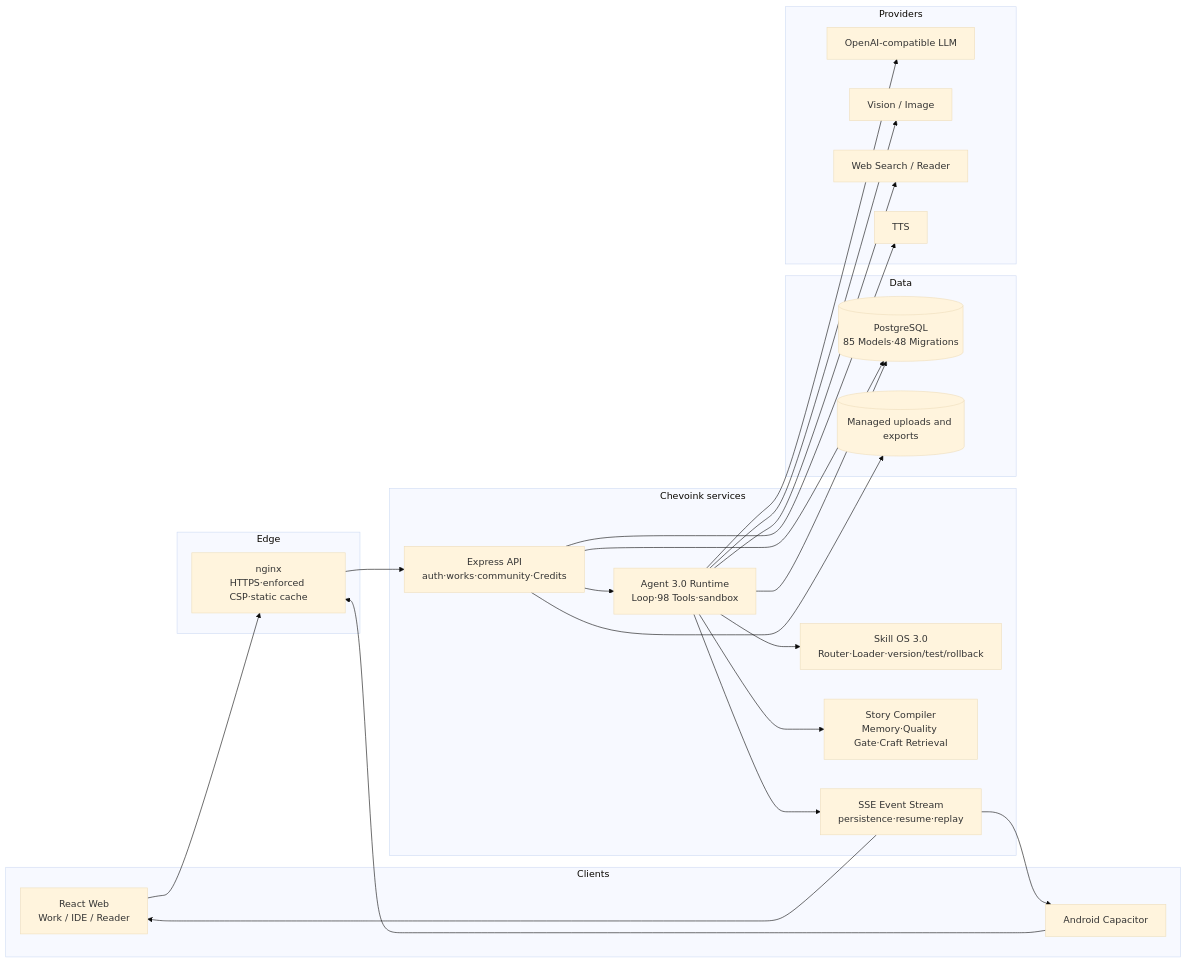
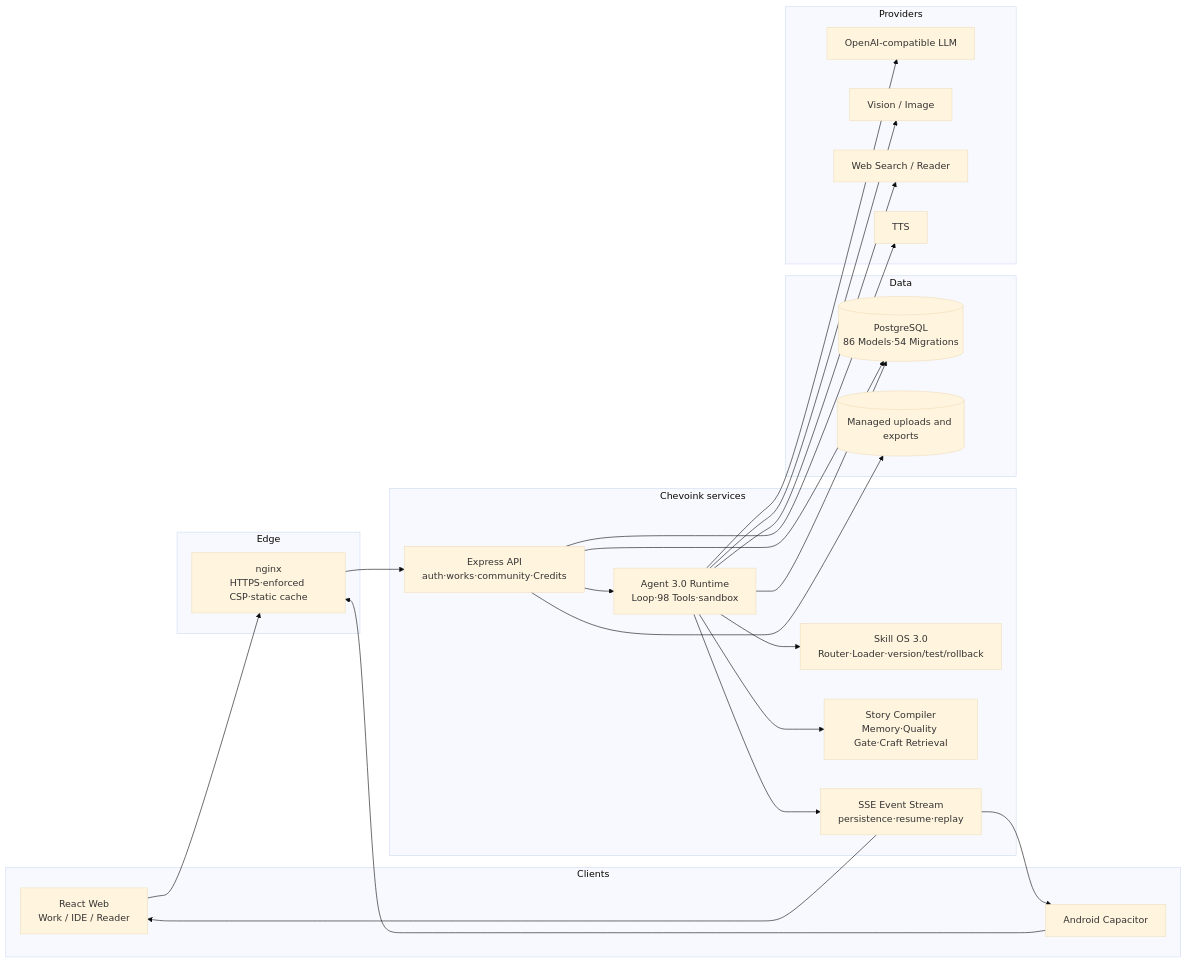
The second of 2 diagrams in README.en.md (Xcy8010/chevoink), drawn with Mermaid (base theme) before and after one commit. The commit also changed other lines of this file and 4 other files, not shown here.

````diff
--- a/README.en.md
+++ b/README.en.md
@@ -77,43 +77,43 @@
 ```mermaid
 flowchart LR
   subgraph Client[Clients]
     WEB[React Web<br/>Work / IDE / Reader]
     APP[Android Capacitor]
   end
   subgraph Edge[Edge]
     NGINX[nginx<br/>HTTPS·enforced CSP·static cache]
   end
   subgraph Service[Chevoink services]
     API[Express API<br/>auth·works·community·Credits]
     LOOP[Agent 3.0 Runtime<br/>Loop·98 Tools·sandbox]
     SKILL[Skill OS 3.0<br/>Router·Loader·version/test/rollback]
     STORY[Story Compiler<br/>Memory·Quality Gate·Craft Retrieval]
     SSE[SSE Event Stream<br/>persistence·resume·replay]
   end
   subgraph Data[Data]
-    PG[(PostgreSQL<br/>85 Models·48 Migrations)]
+    PG[(PostgreSQL<br/>86 Models·54 Migrations)]
     FILES[(Managed uploads and exports)]
   end
   subgraph Providers[Providers]
     LLM[OpenAI-compatible LLM]
     VISION[Vision / Image]
     SEARCH[Web Search / Reader]
     TTS[TTS]
   end
   WEB --> NGINX
   APP --> NGINX
   NGINX --> API
   API --> LOOP
   LOOP --> SKILL
   LOOP --> STORY
   LOOP --> SSE
   API --> PG
   LOOP --> PG
   API --> FILES
   LOOP --> LLM
   LOOP --> VISION
   LOOP --> SEARCH
   API --> TTS
   SSE --> WEB
   SSE --> APP
 ```
````
